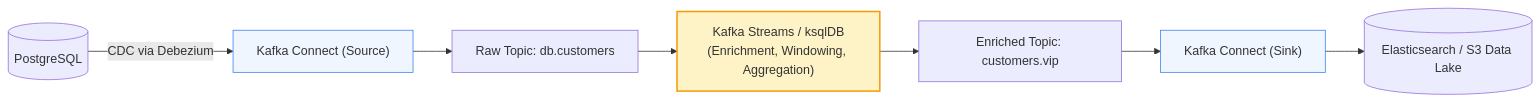
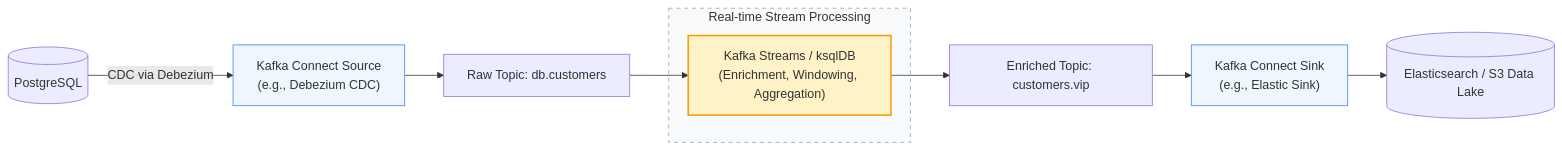
The fourth of 4 diagrams in 03-Apache-Kafka/04-KRaft-Schema-Registry-and-Streams.md (PandeyKishan/Study-Notes), drawn with Mermaid before and after one commit. The commit also changed other lines of this file and 38 other files, not shown here.

````diff
--- a/03-Apache-Kafka/04-KRaft-Schema-Registry-and-Streams.md
+++ b/03-Apache-Kafka/04-KRaft-Schema-Registry-and-Streams.md
@@ -135,13 +137,20 @@
 ```mermaid
 flowchart LR
-    DB[(PostgreSQL)] -->|CDC via Debezium| KC_In["Kafka Connect (Source)"]
+    DB[(PostgreSQL)] -->|CDC via Debezium| KC_In["Kafka Connect Source\n(e.g., Debezium CDC)"]
     KC_In --> K1["Raw Topic: db.customers"]
-    K1 --> KS["Kafka Streams / ksqlDB\n(Enrichment, Windowing, Aggregation)"]
+    
+    subgraph Stream_Processing["Real-time Stream Processing"]
+        KS["Kafka Streams / ksqlDB\n(Enrichment, Windowing, Aggregation)"]
+    end
+    
+    K1 --> KS
     KS --> K2["Enriched Topic: customers.vip"]
-    K2 --> KC_Out["Kafka Connect (Sink)"]
+    
+    K2 --> KC_Out["Kafka Connect Sink\n(e.g., Elastic Sink)"]
     KC_Out --> Elastic[(Elasticsearch / S3 Data Lake)]
 
     style KS fill:#fef3c7,stroke:#f59e0b,stroke-width:2px
     style KC_In fill:#eff6ff,stroke:#3b82f6,stroke-width:1px
     style KC_Out fill:#eff6ff,stroke:#3b82f6,stroke-width:1px
+    style Stream_Processing fill:#f8fafc,stroke:#94a3b8,stroke-width:1px,stroke-dasharray: 5 5
 ```
````
